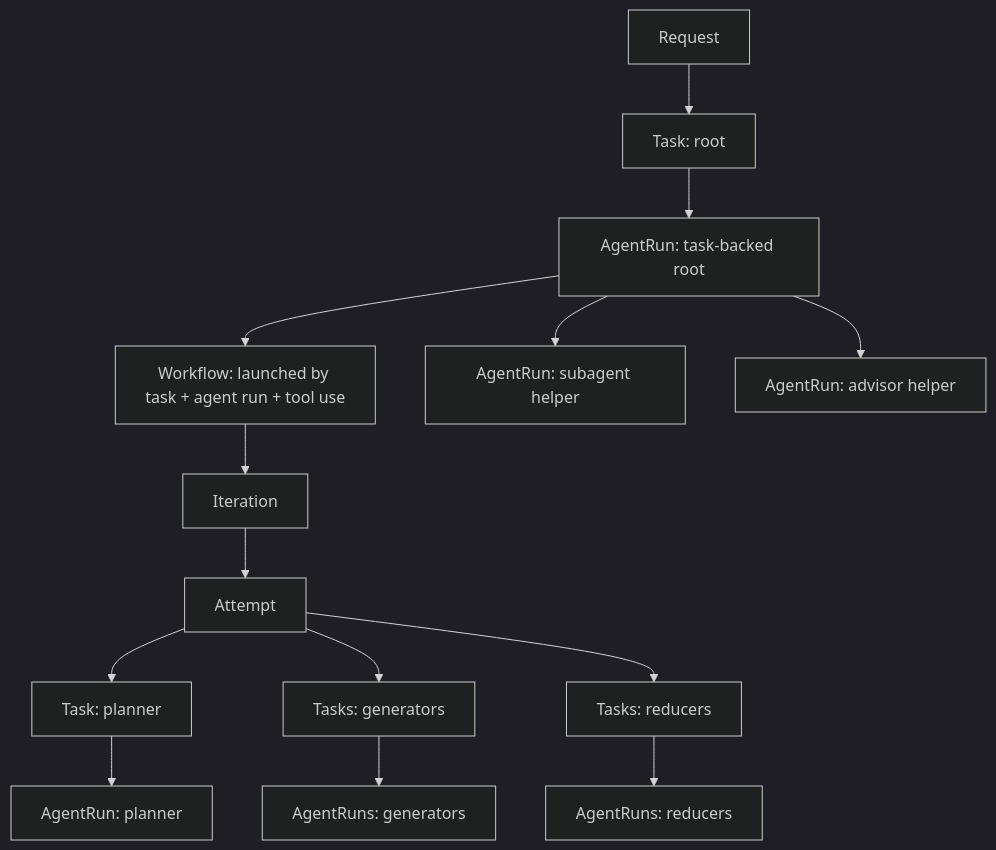
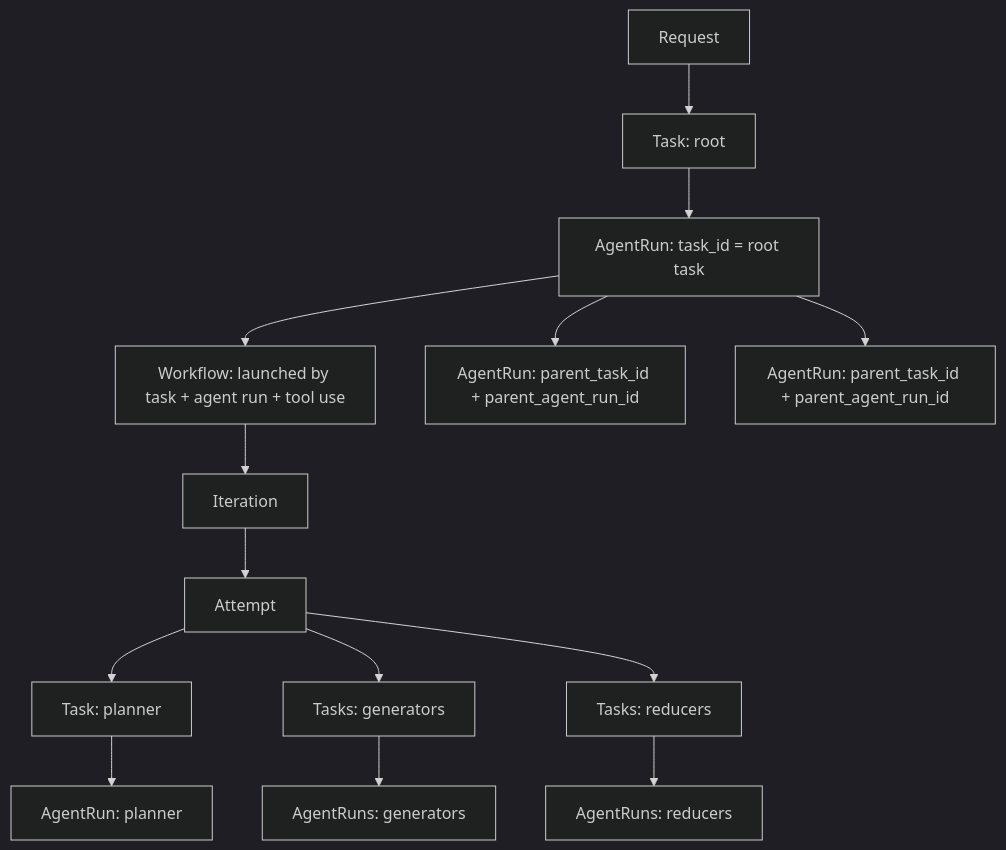
Before and after one commit to Ephemeral-AI-Lab/ephemeral-os: the first of 2 diagrams in docs/plans/agent-core-workspace-architecture-rules/phase-03b-execution-lineage-materialization_SPEC.md, drawn with Mermaid (dark theme). The commit also changed other lines of this file and 110 other files, not shown here.

````diff
--- a/docs/plans/agent-core-workspace-architecture-rules/phase-03b-execution-lineage-materialization_SPEC.md
+++ b/docs/plans/agent-core-workspace-architecture-rules/phase-03b-execution-lineage-materialization_SPEC.md
@@ -45,20 +46,20 @@
 ```mermaid
 flowchart TD
     Request["Request"] --> RootTask["Task: root"]
-    RootTask --> RootRun["AgentRun: task-backed root"]
+    RootTask --> RootRun["AgentRun: task_id = root task"]
 
     RootRun --> Workflow["Workflow: launched by task + agent run + tool use"]
     Workflow --> Iteration["Iteration"]
     Iteration --> Attempt["Attempt"]
 
     Attempt --> PlannerTask["Task: planner"]
     Attempt --> GeneratorTasks["Tasks: generators"]
     Attempt --> ReducerTasks["Tasks: reducers"]
 
     PlannerTask --> PlannerRun["AgentRun: planner"]
     GeneratorTasks --> GeneratorRuns["AgentRuns: generators"]
     ReducerTasks --> ReducerRuns["AgentRuns: reducers"]
 
-    RootRun --> SubagentRun["AgentRun: subagent helper"]
-    RootRun --> AdvisorRun["AgentRun: advisor helper"]
+    RootRun --> SubagentRun["AgentRun: parent_task_id + parent_agent_run_id"]
+    RootRun --> AdvisorRun["AgentRun: parent_task_id + parent_agent_run_id"]
 ```
````
